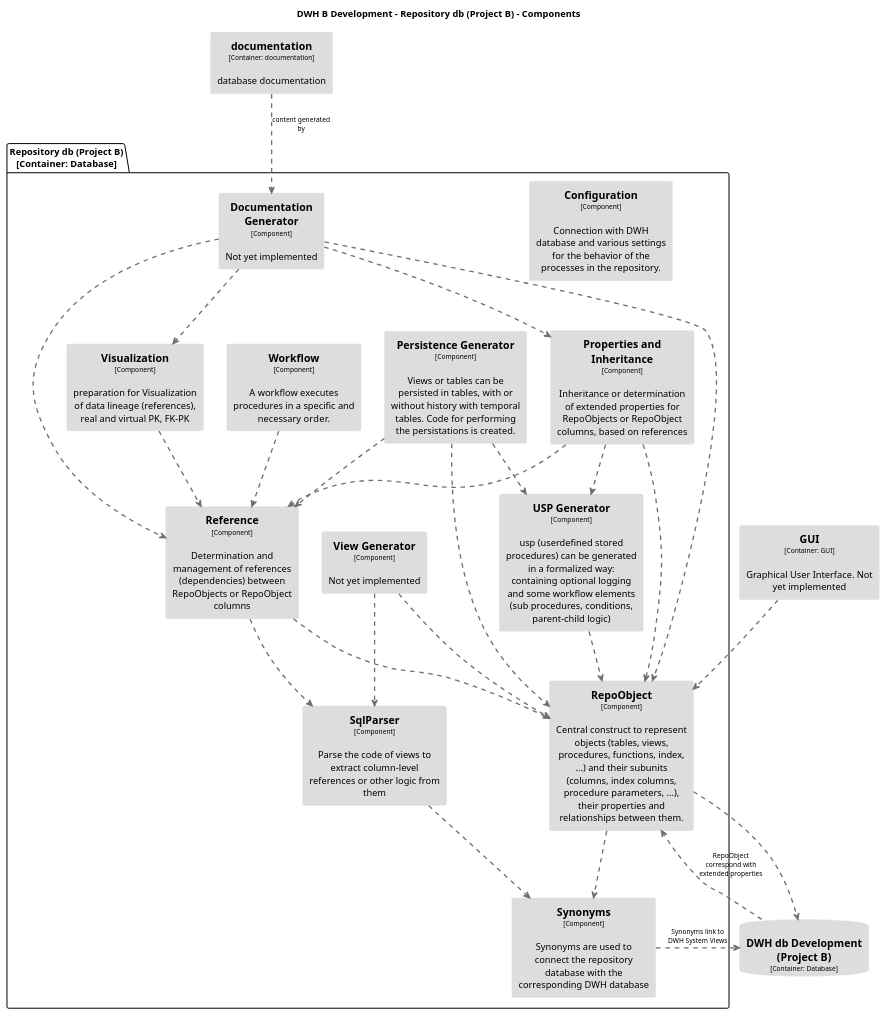
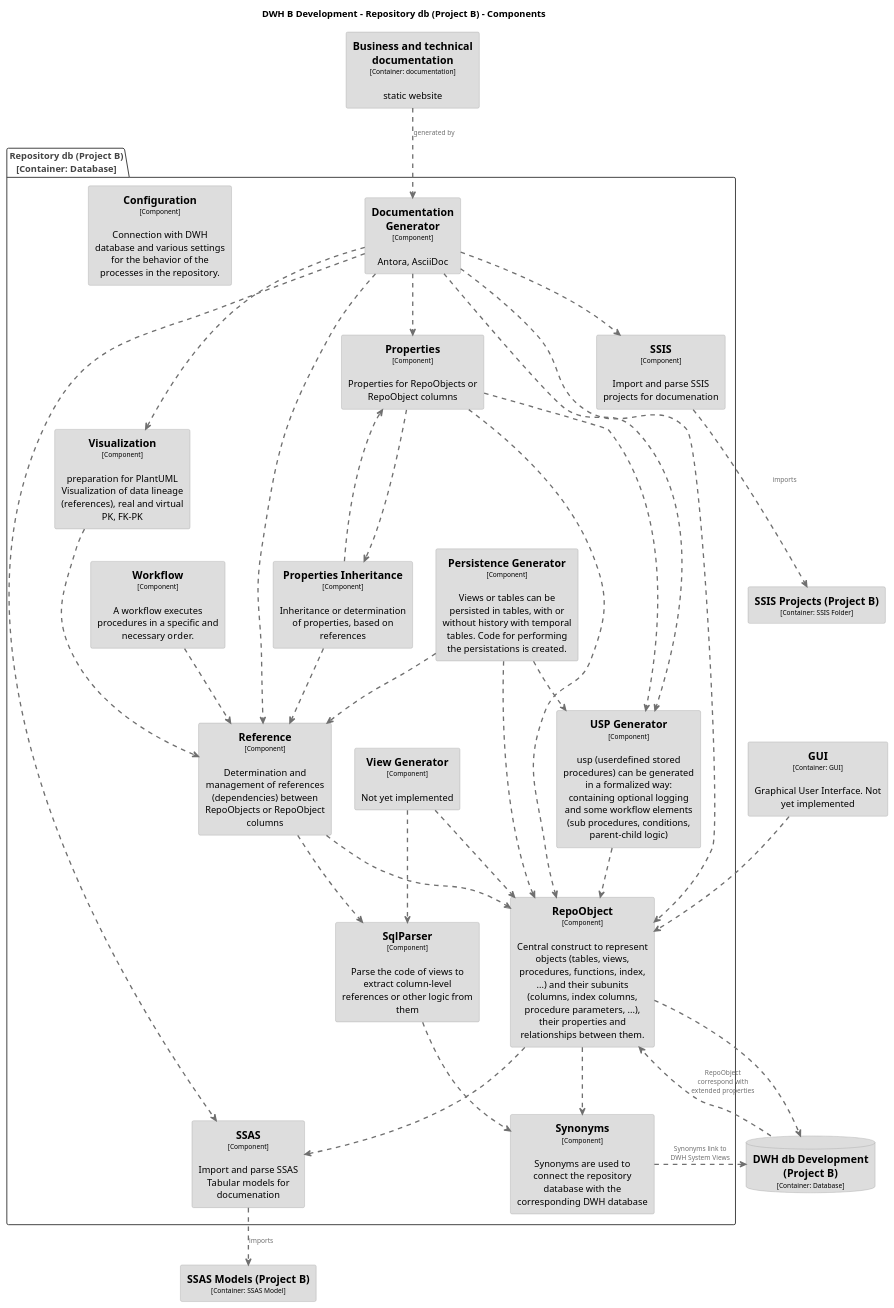
The diagram in docs/modules/arc/partials/c4_dsl/puml/structurizr-DWHBDevelopment-RepositorydbProjectB-Component.puml (DataHandwerk/dhw-antora-docs), drawn with PlantUML before and after one commit. The commit also changed 20 other files, not shown here.

Commit message:
update architecture a bit

```diff
--- a/docs/modules/arc/partials/c4_dsl/puml/structurizr-DWHBDevelopment-RepositorydbProjectB-Component.puml
+++ b/docs/modules/arc/partials/c4_dsl/puml/structurizr-DWHBDevelopment-RepositorydbProjectB-Component.puml
@@ -1,5 +1,7 @@
-@startuml(id=DWHBDevelopment-RepositorydbProjectB-Component)
+@startuml
 title DWH B Development - Repository db (Project B) - Components
+
+top to bottom direction
 
 skinparam {
   shadowing false
@@ -8,122 +10,167 @@
   wrapWidth 200
   maxMessageSize 100
 }
+
 hide stereotype
-top to bottom direction
-skinparam rectangle<<11>> {
+
+skinparam rectangle<<DWHBDevelopment.Businessandtechnicaldocumentation>> {
   BackgroundColor #dddddd
   FontColor #000000
-  BorderColor #dddddd
+  BorderColor #9a9a9a
 }
-skinparam rectangle<<22>> {
+skinparam rectangle<<DWHBDevelopment.RepositorydbProjectB.Configuration>> {
   BackgroundColor #dddddd
   FontColor #000000
-  BorderColor #dddddd
+  BorderColor #9a9a9a
 }
-skinparam rectangle<<12>> {
+skinparam database<<DWHBDevelopment.DWHdbDevelopmentProjectB>> {
   BackgroundColor #dddddd
   FontColor #000000
-  BorderColor #dddddd
+  BorderColor #9a9a9a
 }
-skinparam rectangle<<13>> {
+skinparam rectangle<<DWHBDevelopment.RepositorydbProjectB.DocumentationGenerator>> {
   BackgroundColor #dddddd
   FontColor #000000
-  BorderColor #dddddd
+  BorderColor #9a9a9a
 }
-skinparam rectangle<<14>> {
+skinparam rectangle<<DWHBDevelopment.GUI>> {
   BackgroundColor #dddddd
   FontColor #000000
-  BorderColor #dddddd
+  BorderColor #9a9a9a
 }
-skinparam rectangle<<25>> {
+skinparam rectangle<<DWHBDevelopment.RepositorydbProjectB.PersistenceGenerator>> {
   BackgroundColor #dddddd
   FontColor #000000
-  BorderColor #dddddd
+  BorderColor #9a9a9a
 }
-skinparam rectangle<<15>> {
+skinparam rectangle<<DWHBDevelopment.RepositorydbProjectB.Properties>> {
   BackgroundColor #dddddd
   FontColor #000000
-  BorderColor #dddddd
+  BorderColor #9a9a9a
 }
-skinparam rectangle<<16>> {
+skinparam rectangle<<DWHBDevelopment.RepositorydbProjectB.PropertiesInheritance>> {
   BackgroundColor #dddddd
   FontColor #000000
-  BorderColor #dddddd
+  BorderColor #9a9a9a
 }
-skinparam rectangle<<17>> {
+skinparam rectangle<<DWHBDevelopment.RepositorydbProjectB.Reference>> {
   BackgroundColor #dddddd
   FontColor #000000
-  BorderColor #dddddd
+  BorderColor #9a9a9a
 }
-skinparam database<<18>> {
+skinparam rectangle<<DWHBDevelopment.RepositorydbProjectB.RepoObject>> {
   BackgroundColor #dddddd
   FontColor #000000
-  BorderColor #dddddd
+  BorderColor #9a9a9a
 }
-skinparam rectangle<<6>> {
+skinparam rectangle<<DWHBDevelopment.RepositorydbProjectB.SSAS>> {
   BackgroundColor #dddddd
   FontColor #000000
-  BorderColor #dddddd
+  BorderColor #9a9a9a
 }
-skinparam rectangle<<7>> {
+skinparam rectangle<<DWHBDevelopment.SSASModelsProjectB>> {
   BackgroundColor #dddddd
   FontColor #000000
-  BorderColor #dddddd
+  BorderColor #9a9a9a
 }
-skinparam rectangle<<8>> {
+skinparam rectangle<<DWHBDevelopment.RepositorydbProjectB.SSIS>> {
   BackgroundColor #dddddd
   FontColor #000000
-  BorderColor #dddddd
+  BorderColor #9a9a9a
 }
-skinparam rectangle<<9>> {
+skinparam rectangle<<DWHBDevelopment.SSISProjectsProjectB>> {
   BackgroundColor #dddddd
   FontColor #000000
-  BorderColor #dddddd
+  BorderColor #9a9a9a
 }
-skinparam rectangle<<10>> {
+skinparam rectangle<<DWHBDevelopment.RepositorydbProjectB.SqlParser>> {
   BackgroundColor #dddddd
   FontColor #000000
-  BorderColor #dddddd
+  BorderColor #9a9a9a
 }
-database "==DWH db Development (Project B)\n<size:10>[Container: Database]</size>" <<18>> as 18
-rectangle "==GUI\n<size:10>[Container: GUI]</size>\n\nGraphical User Interface. Not yet implemented" <<22>> as 22
-rectangle "==documentation\n<size:10>[Container: documentation]</size>\n\ndatabase documentation" <<25>> as 25
-package "Repository db (Project B)\n[Container: Database]" {
-  rectangle "==Configuration\n<size:10>[Component]</size>\n\nConnection with DWH database and various settings for the behavior of the processes in the repository." <<7>> as 7
-  rectangle "==Documentation Generator\n<size:10>[Component]</size>\n\nNot yet implemented" <<15>> as 15
-  rectangle "==Persistence Generator\n<size:10>[Component]</size>\n\nViews or tables can be persisted in tables, with or without history with temporal tables. Code for performing the persistations is created." <<13>> as 13
-  rectangle "==Properties and Inheritance\n<size:10>[Component]</size>\n\nInheritance or determination of extended properties for RepoObjects or RepoObject columns, based on references" <<11>> as 11
-  rectangle "==Reference\n<size:10>[Component]</size>\n\nDetermination and management of references (dependencies) between RepoObjects or RepoObject columns" <<10>> as 10
-  rectangle "==RepoObject\n<size:10>[Component]</size>\n\nCentral construct to represent objects (tables, views, procedures, functions, index, ...) and their subunits (columns, index columns, procedure parameters, ...), their properties and relationships between them." <<8>> as 8
-  rectangle "==SqlParser\n<size:10>[Component]</size>\n\nParse the code of views to extract column-level references or other logic from them" <<9>> as 9
-  rectangle "==Synonyms\n<size:10>[Component]</size>\n\nSynonyms are used to connect the repository database with the corresponding DWH database" <<6>> as 6
-  rectangle "==USP Generator\n<size:10>[Component]</size>\n\nusp (userdefined stored procedures) can be generated in a formalized way: containing optional logging and some workflow elements (sub procedures, conditions, parent-child logic)" <<12>> as 12
-  rectangle "==View Generator\n<size:10>[Component]</size>\n\nNot yet implemented" <<14>> as 14
-  rectangle "==Visualization\n<size:10>[Component]</size>\n\npreparation for Visualization of data lineage (references), real and virtual PK, FK-PK" <<17>> as 17
-  rectangle "==Workflow\n<size:10>[Component]</size>\n\nA workflow executes procedures in a specific and necessary order." <<16>> as 16
+skinparam rectangle<<DWHBDevelopment.RepositorydbProjectB.Synonyms>> {
+  BackgroundColor #dddddd
+  FontColor #000000
+  BorderColor #9a9a9a
 }
-18 .[#707070,thickness=2].> 8 : "RepoObject correspond with extended properties"
-15 .[#707070,thickness=2].> 11 : ""
-15 .[#707070,thickness=2].> 10 : ""
-15 .[#707070,thickness=2].> 8 : ""
-15 .[#707070,thickness=2].> 17 : ""
-22 .[#707070,thickness=2].> 8 : ""
-13 .[#707070,thickness=2].> 10 : ""
-13 .[#707070,thickness=2].> 8 : ""
-13 .[#707070,thickness=2].> 12 : ""
-11 .[#707070,thickness=2].> 10 : ""
-11 .[#707070,thickness=2].> 8 : ""
-11 .[#707070,thickness=2].> 12 : ""
-10 .[#707070,thickness=2].> 8 : ""
-10 .[#707070,thickness=2].> 9 : ""
-8 .[#707070,thickness=2].> 18 : ""
-8 .[#707070,thickness=2].> 6 : ""
-9 .[#707070,thickness=2].> 6 : ""
-6 .[#707070,thickness=2].> 18 : "Synonyms link to DWH System Views"
-12 .[#707070,thickness=2].> 8 : ""
-14 .[#707070,thickness=2].> 8 : ""
-14 .[#707070,thickness=2].> 9 : ""
-17 .[#707070,thickness=2].> 10 : ""
-16 .[#707070,thickness=2].> 10 : ""
-25 .[#707070,thickness=2].> 15 : "content generated by"
+skinparam rectangle<<DWHBDevelopment.RepositorydbProjectB.USPGenerator>> {
+  BackgroundColor #dddddd
+  FontColor #000000
+  BorderColor #9a9a9a
+}
+skinparam rectangle<<DWHBDevelopment.RepositorydbProjectB.ViewGenerator>> {
+  BackgroundColor #dddddd
+  FontColor #000000
+  BorderColor #9a9a9a
+}
+skinparam rectangle<<DWHBDevelopment.RepositorydbProjectB.Visualization>> {
+  BackgroundColor #dddddd
+  FontColor #000000
+  BorderColor #9a9a9a
+}
+skinparam rectangle<<DWHBDevelopment.RepositorydbProjectB.Workflow>> {
+  BackgroundColor #dddddd
+  FontColor #000000
+  BorderColor #9a9a9a
+}
+
+rectangle "==Business and technical documentation\n<size:10>[Container: documentation]</size>\n\nstatic website" <<DWHBDevelopment.Businessandtechnicaldocumentation>> as DWHBDevelopment.Businessandtechnicaldocumentation
+rectangle "==SSAS Models (Project B)\n<size:10>[Container: SSAS Model]</size>" <<DWHBDevelopment.SSASModelsProjectB>> as DWHBDevelopment.SSASModelsProjectB
+rectangle "==SSIS Projects (Project B)\n<size:10>[Container: SSIS Folder]</size>" <<DWHBDevelopment.SSISProjectsProjectB>> as DWHBDevelopment.SSISProjectsProjectB
+rectangle "==GUI\n<size:10>[Container: GUI]</size>\n\nGraphical User Interface. Not yet implemented" <<DWHBDevelopment.GUI>> as DWHBDevelopment.GUI
+database "==DWH db Development (Project B)\n<size:10>[Container: Database]</size>" <<DWHBDevelopment.DWHdbDevelopmentProjectB>> as DWHBDevelopment.DWHdbDevelopmentProjectB
+
+package "Repository db (Project B)\n[Container: Database]" <<DWHBDevelopment.RepositorydbProjectB>> {
+  skinparam PackageBorderColor<<DWHBDevelopment.RepositorydbProjectB>> #444444
+  skinparam PackageFontColor<<DWHBDevelopment.RepositorydbProjectB>> #444444
+
+  rectangle "==Reference\n<size:10>[Component]</size>\n\nDetermination and management of references (dependencies) between RepoObjects or RepoObject columns" <<DWHBDevelopment.RepositorydbProjectB.Reference>> as DWHBDevelopment.RepositorydbProjectB.Reference
+  rectangle "==Properties\n<size:10>[Component]</size>\n\nProperties for RepoObjects or RepoObject columns" <<DWHBDevelopment.RepositorydbProjectB.Properties>> as DWHBDevelopment.RepositorydbProjectB.Properties [[https://datahandwerk.gitlab.io/dhw/user-guide/properties.html]]
+  rectangle "==Properties Inheritance\n<size:10>[Component]</size>\n\nInheritance or determination of properties, based on references" <<DWHBDevelopment.RepositorydbProjectB.PropertiesInheritance>> as DWHBDevelopment.RepositorydbProjectB.PropertiesInheritance [[https://datahandwerk.gitlab.io/dhw/user-guide/properties-inheritance.html]]
+  rectangle "==USP Generator\n<size:10>[Component]</size>\n\nusp (userdefined stored procedures) can be generated in a formalized way: containing optional logging and some workflow elements (sub procedures, conditions, parent-child logic)" <<DWHBDevelopment.RepositorydbProjectB.USPGenerator>> as DWHBDevelopment.RepositorydbProjectB.USPGenerator [[https://datahandwerk.gitlab.io/dhw/user-guide/uspgenerator.html]]
+  rectangle "==Persistence Generator\n<size:10>[Component]</size>\n\nViews or tables can be persisted in tables, with or without history with temporal tables. Code for performing the persistations is created." <<DWHBDevelopment.RepositorydbProjectB.PersistenceGenerator>> as DWHBDevelopment.RepositorydbProjectB.PersistenceGenerator [[https://datahandwerk.gitlab.io/dhw/user-guide/persistence-generator.html]]
+  rectangle "==View Generator\n<size:10>[Component]</size>\n\nNot yet implemented" <<DWHBDevelopment.RepositorydbProjectB.ViewGenerator>> as DWHBDevelopment.RepositorydbProjectB.ViewGenerator
+  rectangle "==Documentation Generator\n<size:10>[Component]</size>\n\nAntora, AsciiDoc" <<DWHBDevelopment.RepositorydbProjectB.DocumentationGenerator>> as DWHBDevelopment.RepositorydbProjectB.DocumentationGenerator [[https://datahandwerk.gitlab.io/dhw/user-guide/documentation-generator.html]]
+  rectangle "==SSAS\n<size:10>[Component]</size>\n\nImport and parse SSAS Tabular models for documenation" <<DWHBDevelopment.RepositorydbProjectB.SSAS>> as DWHBDevelopment.RepositorydbProjectB.SSAS
+  rectangle "==SSIS\n<size:10>[Component]</size>\n\nImport and parse SSIS projects for documenation" <<DWHBDevelopment.RepositorydbProjectB.SSIS>> as DWHBDevelopment.RepositorydbProjectB.SSIS
+  rectangle "==Workflow\n<size:10>[Component]</size>\n\nA workflow executes procedures in a specific and necessary order." <<DWHBDevelopment.RepositorydbProjectB.Workflow>> as DWHBDevelopment.RepositorydbProjectB.Workflow
+  rectangle "==Visualization\n<size:10>[Component]</size>\n\npreparation for PlantUML Visualization of data lineage (references), real and virtual PK, FK-PK" <<DWHBDevelopment.RepositorydbProjectB.Visualization>> as DWHBDevelopment.RepositorydbProjectB.Visualization
+  rectangle "==Synonyms\n<size:10>[Component]</size>\n\nSynonyms are used to connect the repository database with the corresponding DWH database" <<DWHBDevelopment.RepositorydbProjectB.Synonyms>> as DWHBDevelopment.RepositorydbProjectB.Synonyms
+  rectangle "==Configuration\n<size:10>[Component]</size>\n\nConnection with DWH database and various settings for the behavior of the processes in the repository." <<DWHBDevelopment.RepositorydbProjectB.Configuration>> as DWHBDevelopment.RepositorydbProjectB.Configuration
+  rectangle "==RepoObject\n<size:10>[Component]</size>\n\nCentral construct to represent objects (tables, views, procedures, functions, index, ...) and their subunits (columns, index columns, procedure parameters, ...), their properties and relationships between them." <<DWHBDevelopment.RepositorydbProjectB.RepoObject>> as DWHBDevelopment.RepositorydbProjectB.RepoObject
+  rectangle "==SqlParser\n<size:10>[Component]</size>\n\nParse the code of views to extract column-level references or other logic from them" <<DWHBDevelopment.RepositorydbProjectB.SqlParser>> as DWHBDevelopment.RepositorydbProjectB.SqlParser [[https://datahandwerk.gitlab.io/dhw/user-guide/sqlparse-to-get-col-references.html]]
+}
+
+DWHBDevelopment.RepositorydbProjectB.DocumentationGenerator .[#707070,thickness=2].> DWHBDevelopment.RepositorydbProjectB.USPGenerator : "<color:#707070>"
+DWHBDevelopment.RepositorydbProjectB.DocumentationGenerator .[#707070,thickness=2].> DWHBDevelopment.RepositorydbProjectB.Properties : "<color:#707070>"
+DWHBDevelopment.RepositorydbProjectB.DocumentationGenerator .[#707070,thickness=2].> DWHBDevelopment.RepositorydbProjectB.SSAS : "<color:#707070>"
+DWHBDevelopment.RepositorydbProjectB.DocumentationGenerator .[#707070,thickness=2].> DWHBDevelopment.RepositorydbProjectB.SSIS : "<color:#707070>"
+DWHBDevelopment.RepositorydbProjectB.DocumentationGenerator .[#707070,thickness=2].> DWHBDevelopment.RepositorydbProjectB.Visualization : "<color:#707070>"
+DWHBDevelopment.RepositorydbProjectB.Properties .[#707070,thickness=2].> DWHBDevelopment.RepositorydbProjectB.USPGenerator : "<color:#707070>"
+DWHBDevelopment.RepositorydbProjectB.PersistenceGenerator .[#707070,thickness=2].> DWHBDevelopment.RepositorydbProjectB.USPGenerator : "<color:#707070>"
+DWHBDevelopment.RepositorydbProjectB.ViewGenerator .[#707070,thickness=2].> DWHBDevelopment.RepositorydbProjectB.SqlParser : "<color:#707070>"
+DWHBDevelopment.GUI .[#707070,thickness=2].> DWHBDevelopment.RepositorydbProjectB.RepoObject : "<color:#707070>"
+DWHBDevelopment.Businessandtechnicaldocumentation .[#707070,thickness=2].> DWHBDevelopment.RepositorydbProjectB.DocumentationGenerator : "<color:#707070>generated by"
+DWHBDevelopment.RepositorydbProjectB.Synonyms .[#707070,thickness=2].> DWHBDevelopment.DWHdbDevelopmentProjectB : "<color:#707070>Synonyms link to DWH System Views"
+DWHBDevelopment.DWHdbDevelopmentProjectB .[#707070,thickness=2].> DWHBDevelopment.RepositorydbProjectB.RepoObject : "<color:#707070>RepoObject correspond with extended properties"
+DWHBDevelopment.RepositorydbProjectB.RepoObject .[#707070,thickness=2].> DWHBDevelopment.DWHdbDevelopmentProjectB : "<color:#707070>"
+DWHBDevelopment.RepositorydbProjectB.SSAS .[#707070,thickness=2].> DWHBDevelopment.SSASModelsProjectB : "<color:#707070>imports"
+DWHBDevelopment.RepositorydbProjectB.SSIS .[#707070,thickness=2].> DWHBDevelopment.SSISProjectsProjectB : "<color:#707070>imports"
+DWHBDevelopment.RepositorydbProjectB.RepoObject .[#707070,thickness=2].> DWHBDevelopment.RepositorydbProjectB.SSAS : "<color:#707070>"
+DWHBDevelopment.RepositorydbProjectB.RepoObject .[#707070,thickness=2].> DWHBDevelopment.RepositorydbProjectB.Synonyms : "<color:#707070>"
+DWHBDevelopment.RepositorydbProjectB.SqlParser .[#707070,thickness=2].> DWHBDevelopment.RepositorydbProjectB.Synonyms : "<color:#707070>"
+DWHBDevelopment.RepositorydbProjectB.Reference .[#707070,thickness=2].> DWHBDevelopment.RepositorydbProjectB.RepoObject : "<color:#707070>"
+DWHBDevelopment.RepositorydbProjectB.Properties .[#707070,thickness=2].> DWHBDevelopment.RepositorydbProjectB.RepoObject : "<color:#707070>"
+DWHBDevelopment.RepositorydbProjectB.USPGenerator .[#707070,thickness=2].> DWHBDevelopment.RepositorydbProjectB.RepoObject : "<color:#707070>"
+DWHBDevelopment.RepositorydbProjectB.PersistenceGenerator .[#707070,thickness=2].> DWHBDevelopment.RepositorydbProjectB.RepoObject : "<color:#707070>"
+DWHBDevelopment.RepositorydbProjectB.ViewGenerator .[#707070,thickness=2].> DWHBDevelopment.RepositorydbProjectB.RepoObject : "<color:#707070>"
+DWHBDevelopment.RepositorydbProjectB.PropertiesInheritance .[#707070,thickness=2].> DWHBDevelopment.RepositorydbProjectB.Properties : "<color:#707070>"
+DWHBDevelopment.RepositorydbProjectB.Properties .[#707070,thickness=2].> DWHBDevelopment.RepositorydbProjectB.PropertiesInheritance : "<color:#707070>"
+DWHBDevelopment.RepositorydbProjectB.Reference .[#707070,thickness=2].> DWHBDevelopment.RepositorydbProjectB.SqlParser : "<color:#707070>"
+DWHBDevelopment.RepositorydbProjectB.PropertiesInheritance .[#707070,thickness=2].> DWHBDevelopment.RepositorydbProjectB.Reference : "<color:#707070>"
+DWHBDevelopment.RepositorydbProjectB.Workflow .[#707070,thickness=2].> DWHBDevelopment.RepositorydbProjectB.Reference : "<color:#707070>"
+DWHBDevelopment.RepositorydbProjectB.PersistenceGenerator .[#707070,thickness=2].> DWHBDevelopment.RepositorydbProjectB.Reference : "<color:#707070>"
+DWHBDevelopment.RepositorydbProjectB.Visualization .[#707070,thickness=2].> DWHBDevelopment.RepositorydbProjectB.Reference : "<color:#707070>"
+DWHBDevelopment.RepositorydbProjectB.DocumentationGenerator .[#707070,thickness=2].> DWHBDevelopment.RepositorydbProjectB.RepoObject : "<color:#707070>"
+DWHBDevelopment.RepositorydbProjectB.DocumentationGenerator .[#707070,thickness=2].> DWHBDevelopment.RepositorydbProjectB.Reference : "<color:#707070>"
 @enduml
```
